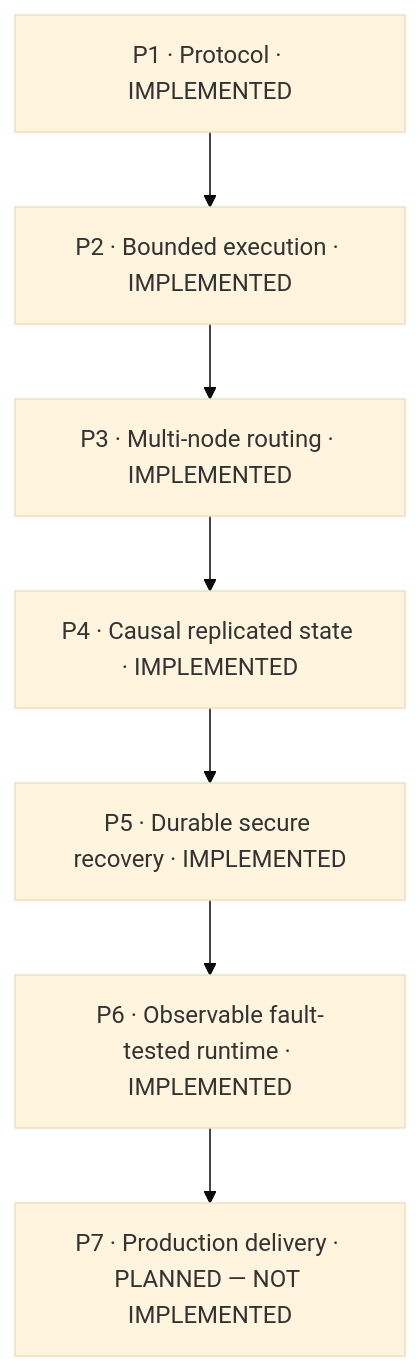
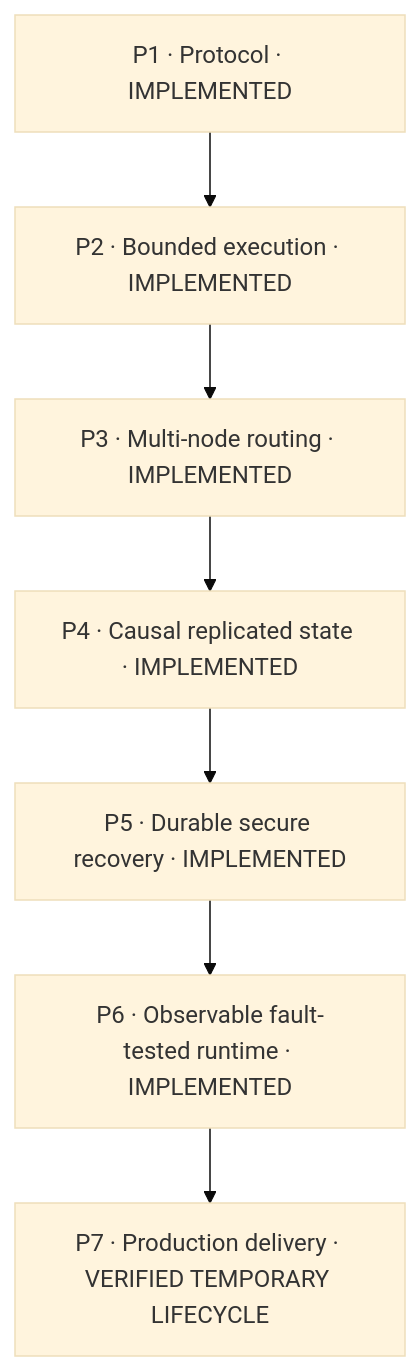
The diagram in docs/architecture/phase1-7-evolution.md (Parmodk2310/Advanced-Distributed-System), drawn with Mermaid (base theme) before and after one commit. The commit also changed other lines of this file and 15 other files, not shown here.

````diff
--- a/docs/architecture/phase1-7-evolution.md
+++ b/docs/architecture/phase1-7-evolution.md
@@ -11,7 +11,7 @@
 ```mermaid
 flowchart TB
   P1["P1 · Protocol · IMPLEMENTED"] --> P2["P2 · Bounded execution · IMPLEMENTED"]
   P2 --> P3["P3 · Multi-node routing · IMPLEMENTED"] --> P4["P4 · Causal replicated state · IMPLEMENTED"]
   P4 --> P5["P5 · Durable secure recovery · IMPLEMENTED"] --> P6["P6 · Observable fault-tested runtime · IMPLEMENTED"]
-  P6 --> P7["P7 · Production delivery · PLANNED — NOT IMPLEMENTED"]
+  P6 --> P7["P7 · Production delivery · VERIFIED TEMPORARY LIFECYCLE"]
 ```
````
